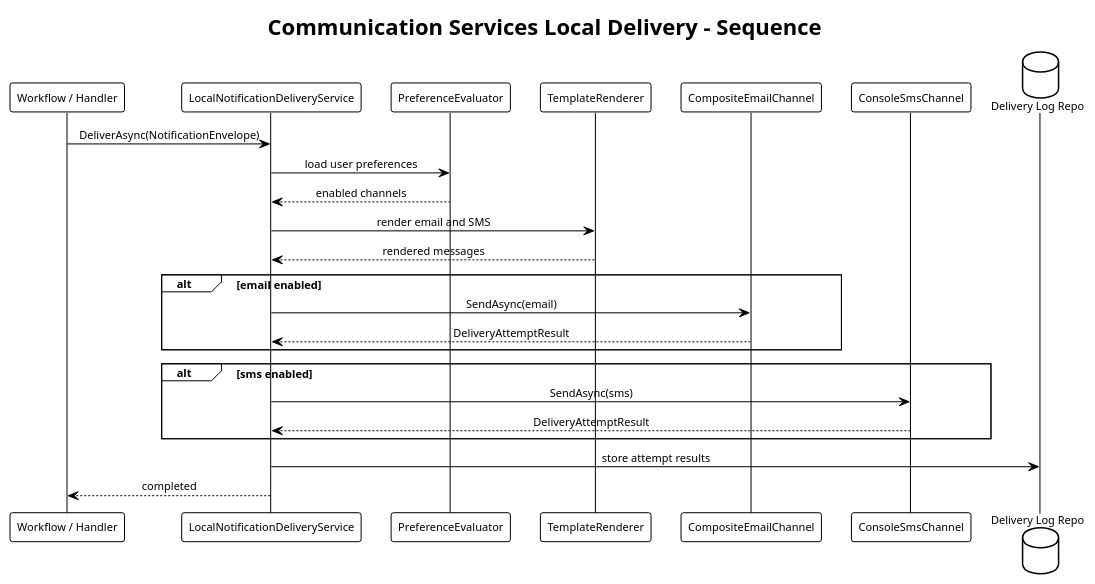
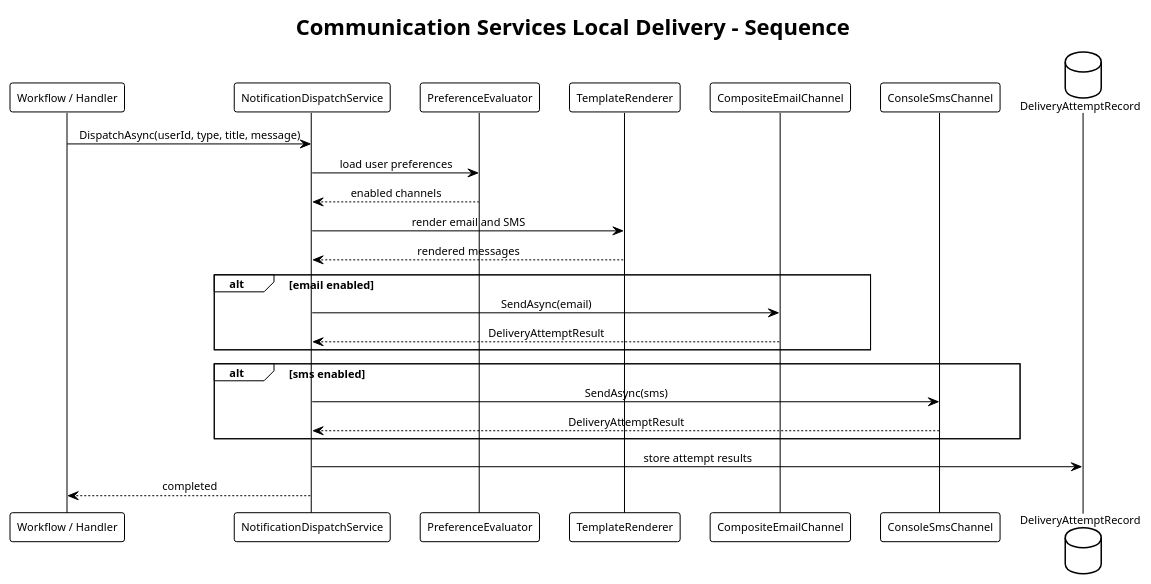
One commit to QuinntyneBrown/Toromont changed the diagram in docs/detailed-designs/20-communication-services-local-delivery/diagrams/sequence_delivery_flow.puml. Above: the diagram before and after it, drawn with PlantUML. The commit also changed 13 other files, not shown here.

```diff
--- a/docs/detailed-designs/20-communication-services-local-delivery/diagrams/sequence_delivery_flow.puml
+++ b/docs/detailed-designs/20-communication-services-local-delivery/diagrams/sequence_delivery_flow.puml
@@ -1,36 +1,36 @@
 @startuml sequence_delivery_flow
 !theme plain
 skinparam shadowing false
 skinparam defaultFontSize 11
 skinparam sequenceMessageAlign center
 
 title Communication Services Local Delivery - Sequence
 
 participant "Workflow / Handler" as Source
-participant "LocalNotificationDeliveryService" as Delivery
+participant "NotificationDispatchService" as Delivery
 participant "PreferenceEvaluator" as Prefs
 participant "TemplateRenderer" as Render
 participant "CompositeEmailChannel" as Email
 participant "ConsoleSmsChannel" as Sms
-database "Delivery Log Repo" as Log
+database "DeliveryAttemptRecord" as Log
 
-Source -> Delivery : DeliverAsync(NotificationEnvelope)
+Source -> Delivery : DispatchAsync(userId, type, title, message)
 Delivery -> Prefs : load user preferences
 Prefs --> Delivery : enabled channels
 Delivery -> Render : render email and SMS
 Render --> Delivery : rendered messages
 
 alt email enabled
   Delivery -> Email : SendAsync(email)
   Email --> Delivery : DeliveryAttemptResult
 end
 
 alt sms enabled
   Delivery -> Sms : SendAsync(sms)
   Sms --> Delivery : DeliveryAttemptResult
 end
 
 Delivery -> Log : store attempt results
 Delivery --> Source : completed
 
 @enduml
```
